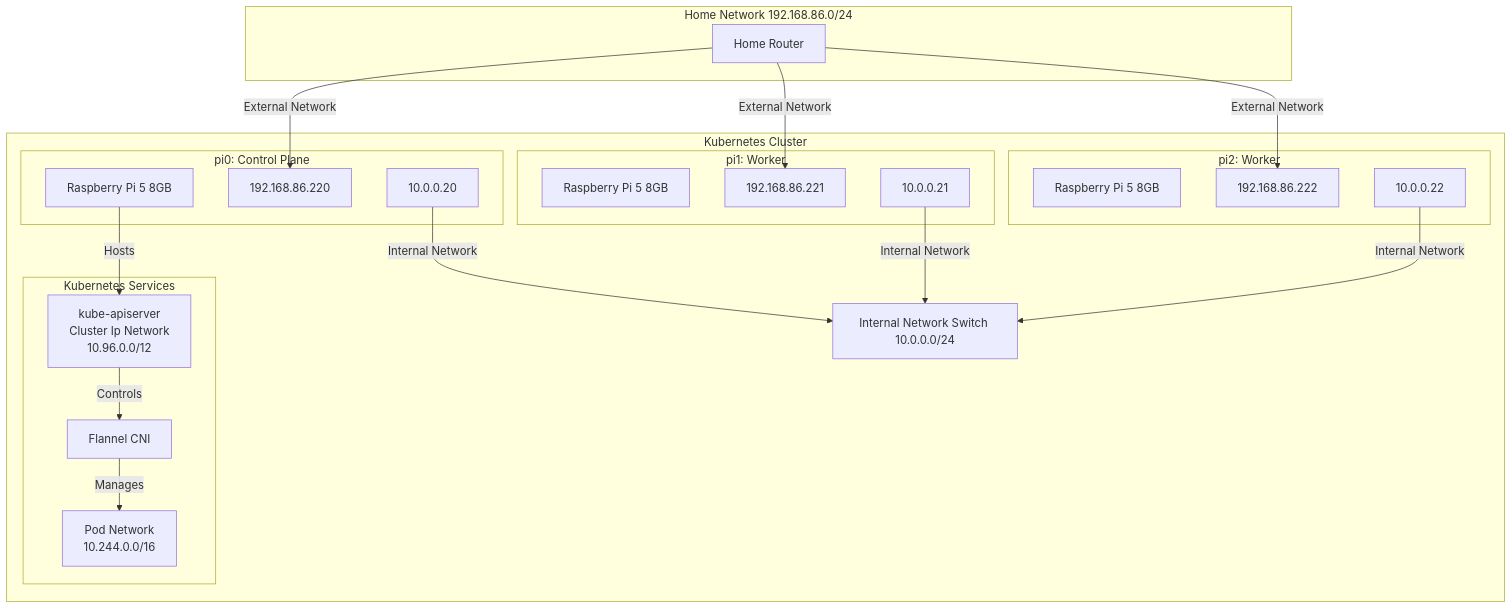
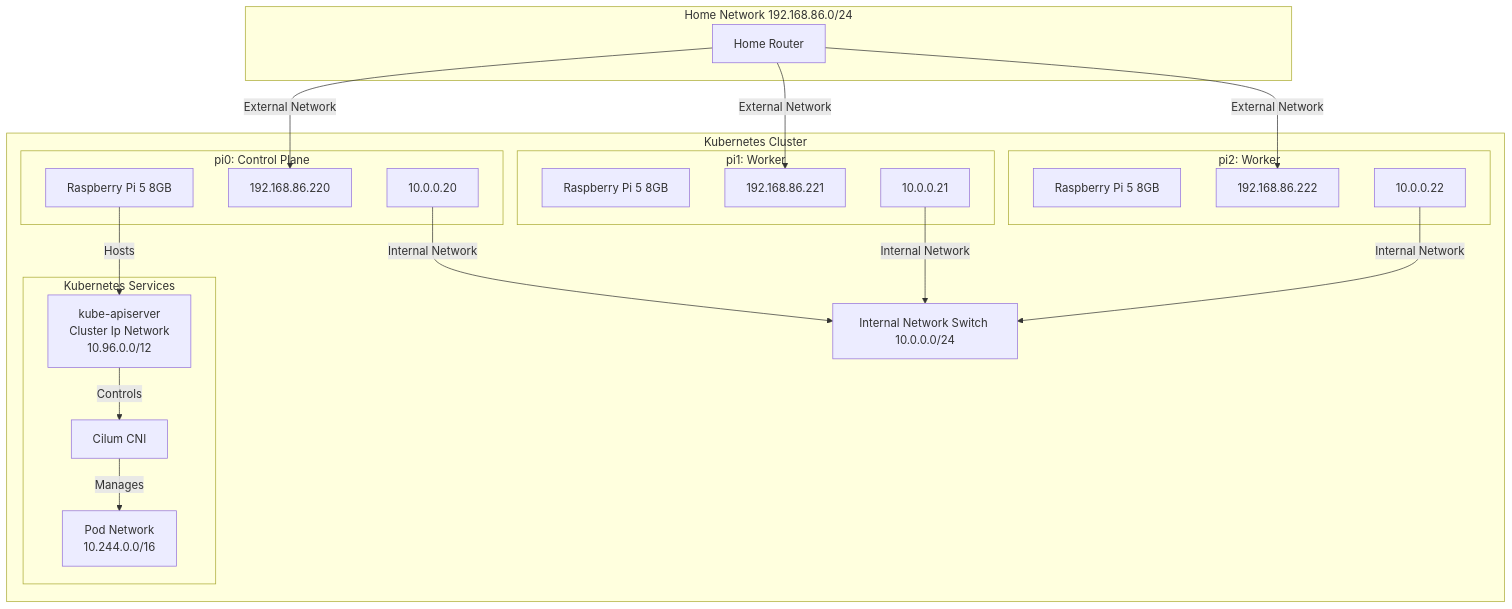
The first of 2 diagrams in README.md (jangroth/homekube), drawn with Mermaid before and after one commit. The commit also changed other lines of this file and 27 other files, not shown here.

Commit message:
Moving from Flannel to Cilum

````diff
--- a/README.md
+++ b/README.md
@@ -55,46 +62,46 @@
 ```mermaid
 graph TD
     subgraph Home Network [Home Network 192.168.86.0/24]
         Router[Home Router]
     end
     
     subgraph Kubernetes Cluster
         subgraph Node1 [pi0: Control Plane]
             Pi0[Raspberry Pi 5 8GB]
             Pi0_ext[192.168.86.220]
             Pi0_int[10.0.0.20]
         end
         
         subgraph Node2 [pi1: Worker]
             Pi1[Raspberry Pi 5 8GB]
             Pi1_ext[192.168.86.221]
             Pi1_int[10.0.0.21]
         end
         
         subgraph Node3 [pi2: Worker]
             Pi2[Raspberry Pi 5 8GB]
             Pi2_ext[192.168.86.222]
             Pi2_int[10.0.0.22]
         end
         
         subgraph K8s Services [Kubernetes Services]
             API[kube-apiserver</br> Cluster Ip Network</br>10.96.0.0/12]
-            CNI[Flannel CNI]
+            CNI[Cilum CNI]
             Pods[Pod Network</br> 10.244.0.0/16]
         end
 
         InternalSwitch[Internal Network Switch 10.0.0.0/24]
     end
     
     Router -- External Network --> Pi0_ext
     Router -- External Network --> Pi1_ext
     Router -- External Network --> Pi2_ext
     
     Pi0_int -- Internal Network --> InternalSwitch
     Pi1_int -- Internal Network --> InternalSwitch
     Pi2_int -- Internal Network --> InternalSwitch
     
     Pi0 -- Hosts --> API
     API -- Controls --> CNI
     CNI -- Manages --> Pods
 ```
````
